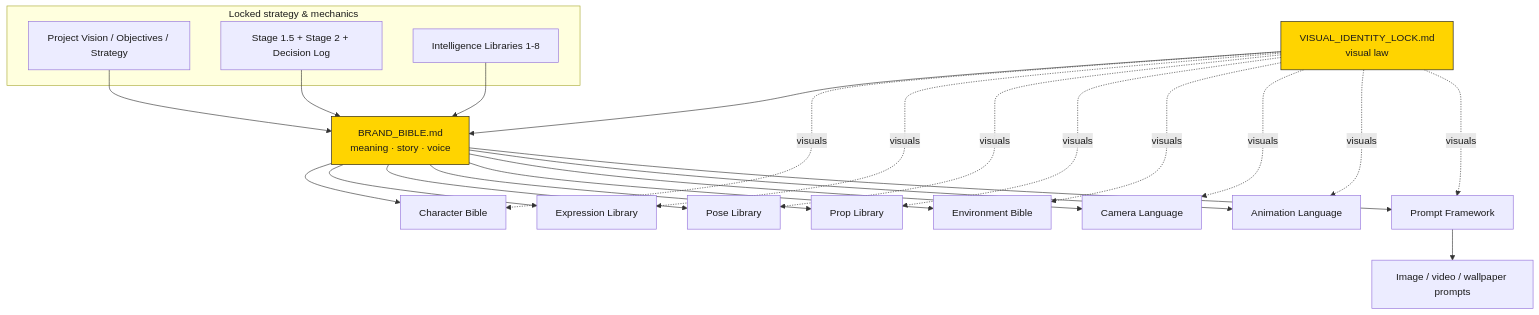
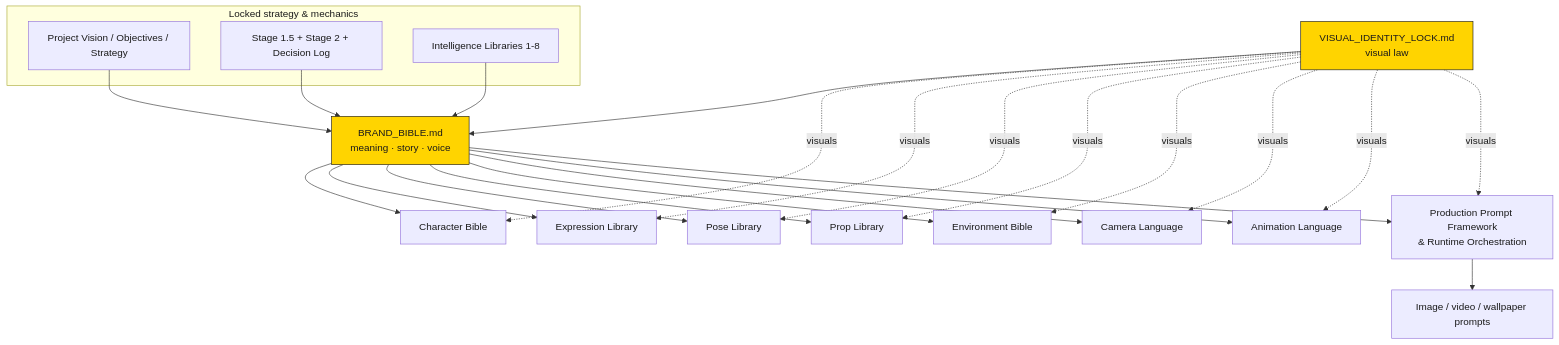
One commit to AmbarPandey/C-Cloning changed the diagram in production/design/BRAND_BIBLE.md. Above: the diagram before and after it, drawn with Mermaid. The commit also changed 9 other files, not shown here.

````diff
--- a/production/design/BRAND_BIBLE.md
+++ b/production/design/BRAND_BIBLE.md
@@ -475,38 +475,38 @@
 ```mermaid
 flowchart TD
     subgraph LOCKED[Locked strategy & mechanics]
         VIS[Project Vision / Objectives / Strategy]
         S15[Stage 1.5 + Stage 2 + Decision Log]
         LIBS[Intelligence Libraries 1-8]
     end
 
     VIL[VISUAL_IDENTITY_LOCK.md<br/>visual law]
     BB[BRAND_BIBLE.md<br/>meaning · story · voice]
 
     VIS --> BB
     S15 --> BB
     LIBS --> BB
     VIL --> BB
 
     BB --> CB[Character Bible]
     BB --> EX[Expression Library]
     BB --> PO[Pose Library]
     BB --> PR[Prop Library]
     BB --> EN[Environment Bible]
     BB --> CAM[Camera Language]
     BB --> ANI[Animation Language]
-    BB --> PF[Prompt Framework]
+    BB --> PF[Production Prompt Framework<br/>& Runtime Orchestration]
 
     VIL -. visuals .-> CB
     VIL -. visuals .-> EX
     VIL -. visuals .-> PO
     VIL -. visuals .-> PR
     VIL -. visuals .-> EN
     VIL -. visuals .-> CAM
     VIL -. visuals .-> ANI
     VIL -. visuals .-> PF
 
     PF --> PROMPTS[Image / video / wallpaper prompts]
     classDef root fill:#FFD400,stroke:#1A1A1A,color:#1A1A1A;
     class VIL,BB root
 ```
````
